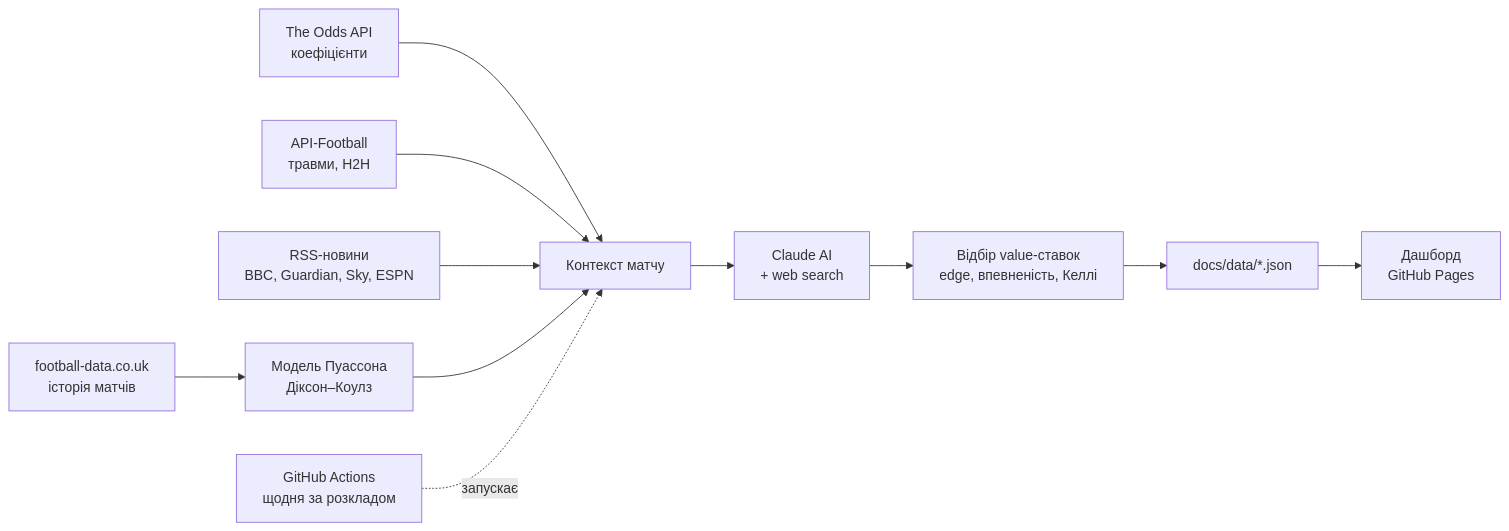
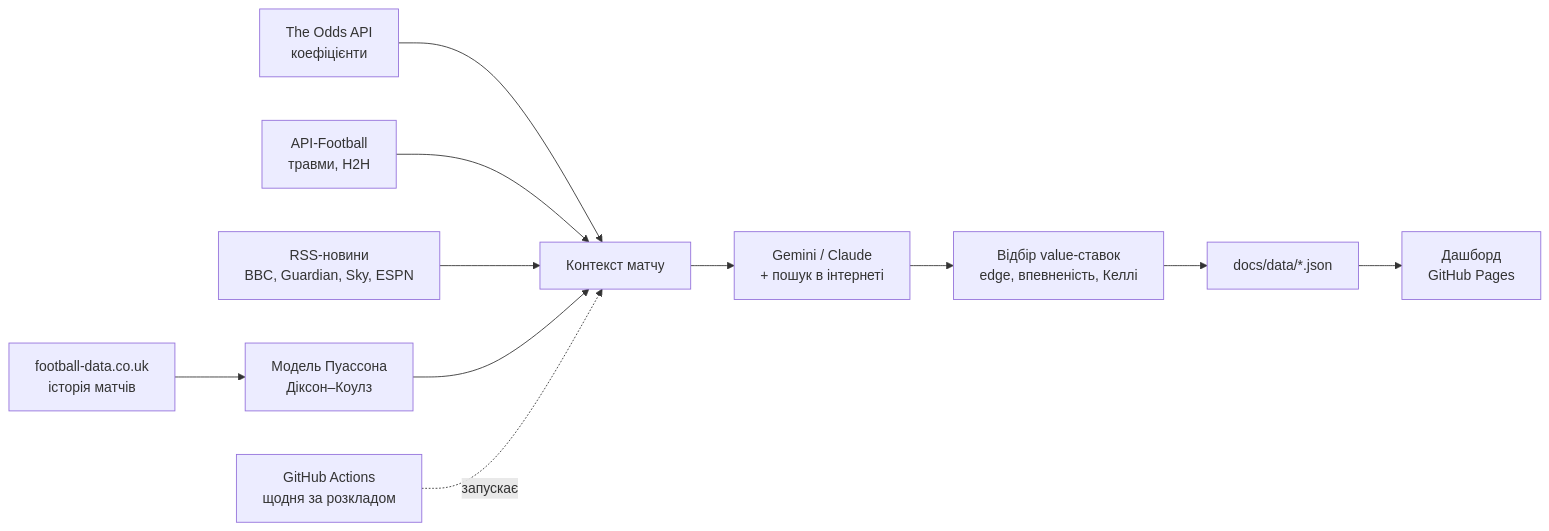
The diagram in README.md (ostap-bo/betai), drawn with Mermaid before and after one commit. The commit also changed other lines of this file and 9 other files, not shown here.

````diff
--- a/README.md
+++ b/README.md
@@ -7,13 +7,13 @@
 ```mermaid
 flowchart LR
     A[The Odds API<br/>коефіцієнти] --> P
     B[football-data.co.uk<br/>історія матчів] --> M[Модель Пуассона<br/>Діксон–Коулз]
     C[API-Football<br/>травми, H2H] --> P
     D[RSS-новини<br/>BBC, Guardian, Sky, ESPN] --> P
     M --> P[Контекст матчу]
-    P --> AI[Claude AI<br/>+ web search]
+    P --> AI[Gemini / Claude<br/>+ пошук в інтернеті]
     AI --> V[Відбір value-ставок<br/>edge, впевненість, Келлі]
     V --> W[docs/data/*.json]
     W --> G[Дашборд<br/>GitHub Pages]
     S[GitHub Actions<br/>щодня за розкладом] -.запускає.-> P
 ```
````
